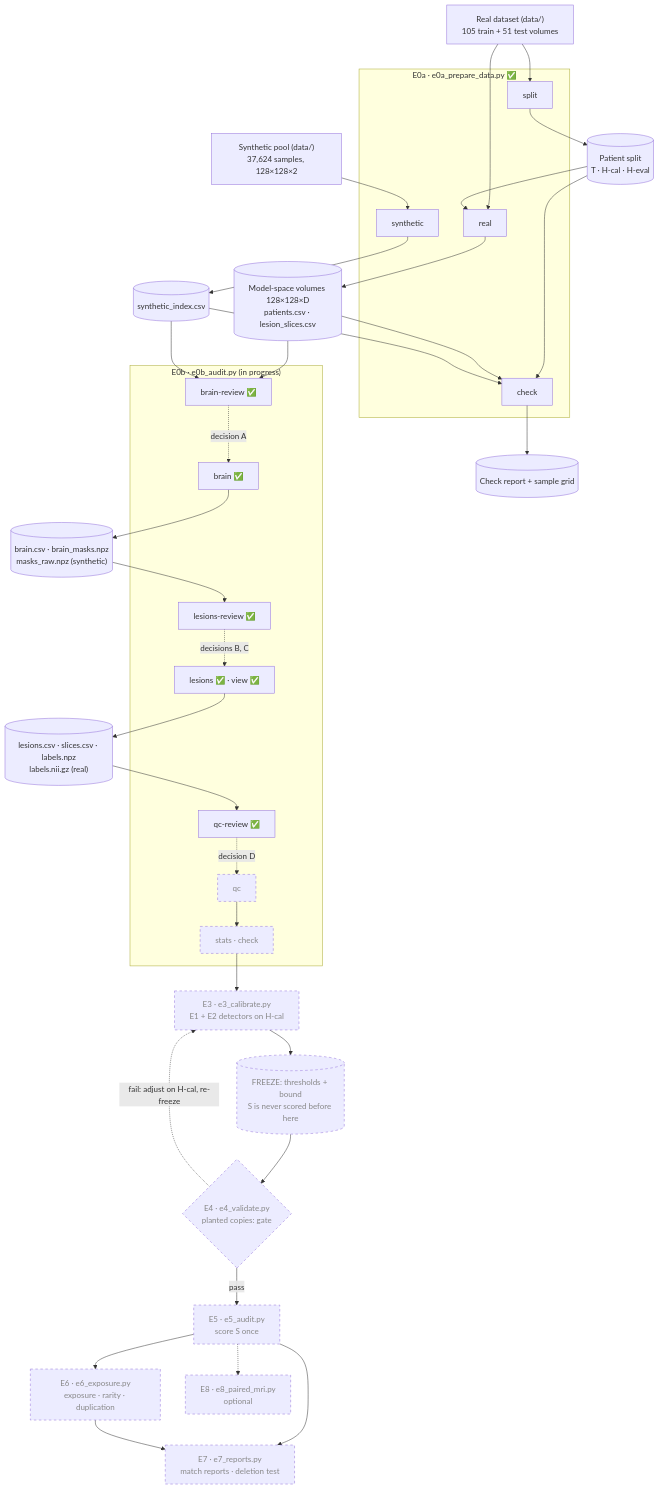
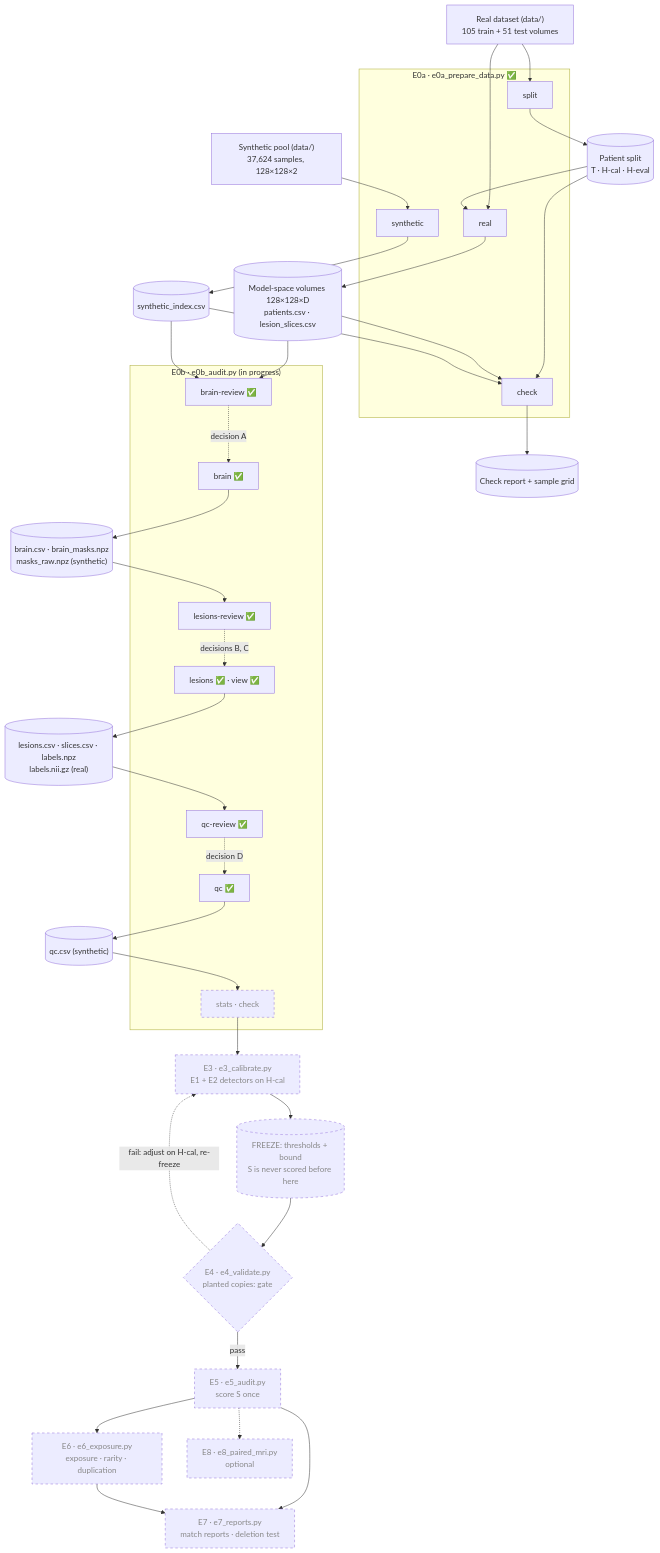
One commit to mattia3003/MT_project changed the first of 2 diagrams in docs/architecture.md. Above: the diagram before and after it, drawn with Mermaid. The commit also changed other lines of this file and 14 other files, not shown here.

````diff
--- a/docs/architecture.md
+++ b/docs/architecture.md
@@ -24,59 +24,60 @@
 ```mermaid
 flowchart TD
     RAW["Real dataset (data/)<br/>105 train + 51 test volumes"]
     POOL["Synthetic pool (data/)<br/>37,624 samples, 128×128×2"]
 
     subgraph E0A["E0a · e0a_prepare_data.py ✅"]
         SPLIT["split"]
         REAL["real"]
         SYN["synthetic"]
         CHECK["check"]
     end
 
     SPLITCSV[("Patient split<br/>T · H-cal · H-eval")]
     VOLS[("Model-space volumes 128×128×D<br/>patients.csv · lesion_slices.csv")]
     INDEX[("synthetic_index.csv")]
     REPORT[("Check report + sample grid")]
 
     RAW --> SPLIT --> SPLITCSV
     RAW --> REAL
     SPLITCSV --> REAL --> VOLS
     POOL --> SYN --> INDEX
     SPLITCSV & VOLS & INDEX --> CHECK --> REPORT
 
     subgraph E0B["E0b · e0b_audit.py (in progress)"]
         BREV["brain-review ✅"]
         BRAIN["brain ✅"]
         LREV["lesions-review ✅"]
         LES["lesions ✅ · view ✅"]
         QREV["qc-review ✅"]
-        QC["qc"]:::planned
+        QC["qc ✅"]
         STATS["stats · check"]:::planned
     end
     BREV -.->|"decision A"| BRAIN
     BRAINOUT[("brain.csv · brain_masks.npz<br/>masks_raw.npz (synthetic)")]
     BRAIN --> BRAINOUT --> LREV
     LREV -.->|"decisions B, C"| LES
     LESOUT[("lesions.csv · slices.csv · labels.npz<br/>labels.nii.gz (real)")]
     LES --> LESOUT --> QREV
     QREV -.->|"decision D"| QC
-    QC --> STATS
+    QCOUT[("qc.csv (synthetic)")]
+    QC --> QCOUT --> STATS
 
     E3["E3 · e3_calibrate.py<br/>E1 + E2 detectors on H-cal"]:::planned
     FROZEN[("FREEZE: thresholds + bound<br/>S is never scored before here")]:::planned
     E4{"E4 · e4_validate.py<br/>planted copies: gate"}:::planned
     E5["E5 · e5_audit.py<br/>score S once"]:::planned
     E6["E6 · e6_exposure.py<br/>exposure · rarity · duplication"]:::planned
     E7["E7 · e7_reports.py<br/>match reports · deletion test"]:::planned
     E8["E8 · e8_paired_mri.py<br/>optional"]:::planned
 
     VOLS & INDEX --> BREV
     STATS --> E3 --> FROZEN --> E4
     E4 -->|pass| E5
     E4 -.->|"fail: adjust on H-cal, re-freeze"| E3
     E5 --> E6 & E7
     E6 --> E7
     E5 -.-> E8
 
     classDef planned stroke-dasharray: 5 5,color:#888
 ```
````
